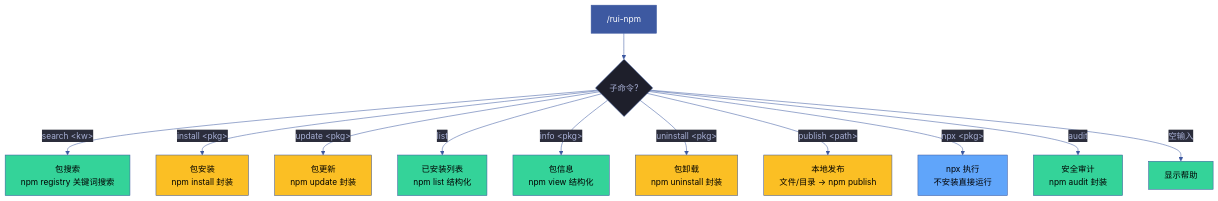
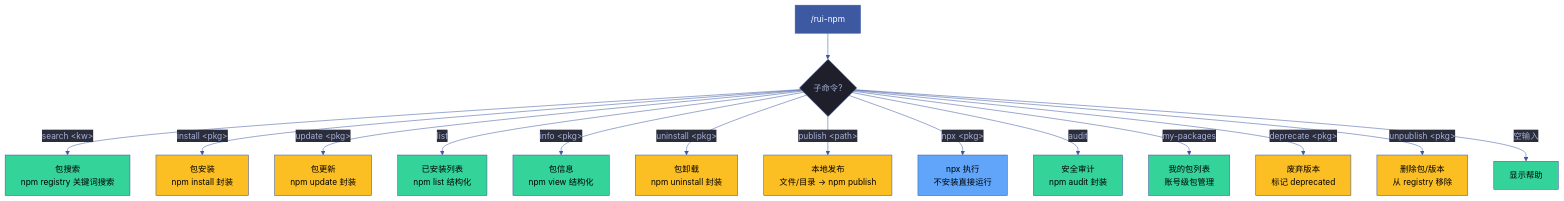
One commit to effiy/YrY changed the first of 3 diagrams in skills/rui-npm/SKILL.md. Above: the diagram before and after it, drawn with Mermaid. The commit also changed other lines of this file and 3 other files, not shown here.

First line of the commit message:
feat(rui-npm): add account-level package management — my-packages, deprecate, unpublish

````diff
--- a/skills/rui-npm/SKILL.md
+++ b/skills/rui-npm/SKILL.md
@@ -20,28 +20,31 @@
 ```mermaid
 %%{init: {'theme': 'base', 'themeVariables': {
   'primaryColor': '#1e1f2b',
   'primaryTextColor': '#a9b1d6',
   'primaryBorderColor': '#3d59a1',
   'lineColor': '#3d59a1',
   'secondaryColor': '#2b2d3b',
   'tertiaryColor': '#21232f'
 }}}%%
 flowchart TD
     ENTRY["/rui-npm"]:::entry --> Q1{"子命令?"}
 
     Q1 -->|"search &lt;kw&gt;"| SEARCH["包搜索<br/>npm registry 关键词搜索"]:::read
     Q1 -->|"install &lt;pkg&gt;"| INSTALL["包安装<br/>npm install 封装"]:::write
     Q1 -->|"update &lt;pkg&gt;"| UPDATE["包更新<br/>npm update 封装"]:::write
     Q1 -->|"list"| LIST["已安装列表<br/>npm list 结构化"]:::read
     Q1 -->|"info &lt;pkg&gt;"| INFO["包信息<br/>npm view 结构化"]:::read
     Q1 -->|"uninstall &lt;pkg&gt;"| UNINSTALL["包卸载<br/>npm uninstall 封装"]:::write
     Q1 -->|"publish &lt;path&gt;"| PUBLISH["本地发布<br/>文件/目录 → npm publish"]:::write
     Q1 -->|"npx &lt;pkg&gt;"| NPX["npx 执行<br/>不安装直接运行"]:::run
     Q1 -->|"audit"| AUDIT["安全审计<br/>npm audit 封装"]:::read
+    Q1 -->|"my-packages"| MY_PKGS["我的包列表<br/>账号级包管理"]:::read
+    Q1 -->|"deprecate &lt;pkg&gt;"| DEPRECATE["废弃版本<br/>标记 deprecated"]:::write
+    Q1 -->|"unpublish &lt;pkg&gt;"| UNPUBLISH["删除包/版本<br/>从 registry 移除"]:::write
     Q1 -->|"空输入"| HELP["显示帮助"]:::read
 
     classDef entry fill:#3d59a1,color:#fff
     classDef read fill:#34d399,color:#000
     classDef write fill:#fbbf24,color:#000
     classDef run fill:#60a5fa,color:#000
 ```
````
